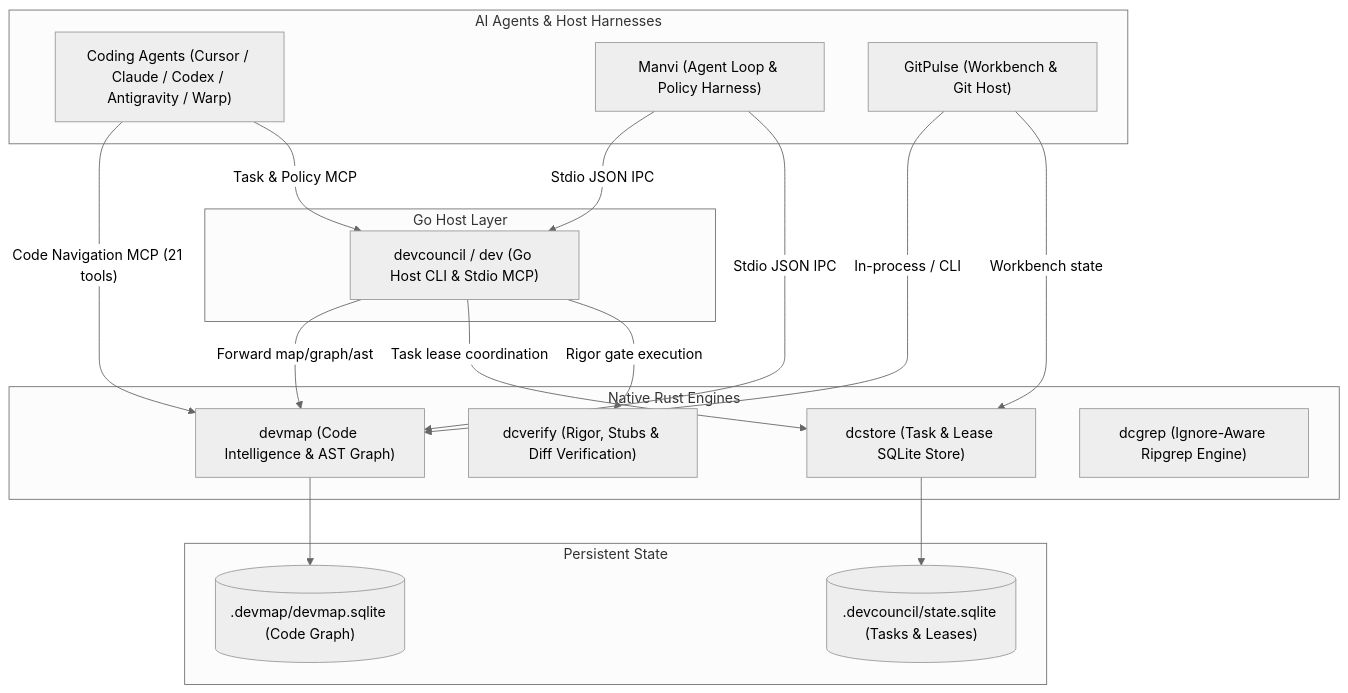
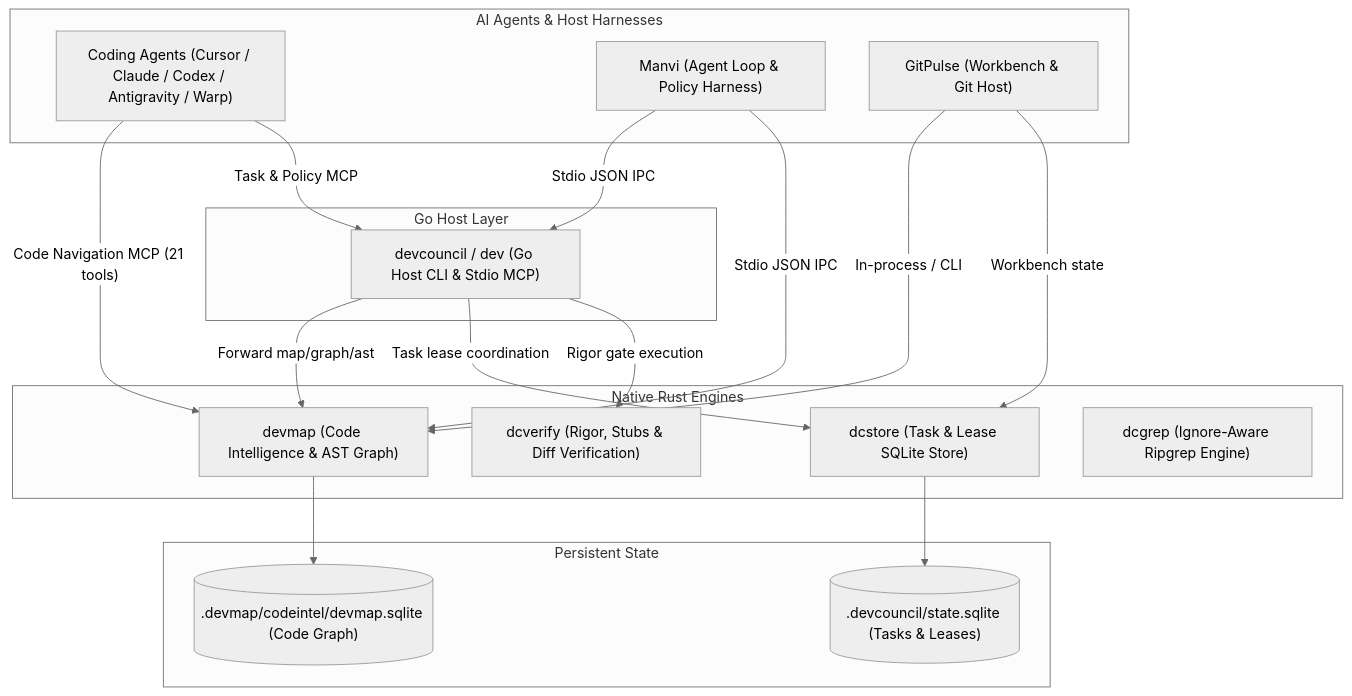
The first of 2 diagrams in README.md (bharathvbcr/DevCouncil), drawn with Mermaid (neutral theme) before and after one commit. The commit also changed other lines of this file and 138 other files, not shown here.

````diff
--- a/README.md
+++ b/README.md
@@ -42,38 +42,38 @@
 ```mermaid
 flowchart TD
     subgraph Consumers["AI Agents & Host Harnesses"]
         Agent["Coding Agents (Cursor / Claude / Codex / Antigravity / Warp)"]
         Manvi["Manvi (Agent Loop & Policy Harness)"]
         GitPulse["GitPulse (Workbench & Git Host)"]
     end
 
     subgraph Orchestration["Go Host Layer"]
         DevCouncil["devcouncil / dev (Go Host CLI & Stdio MCP)"]
     end
 
     subgraph NativeModules["Native Rust Engines"]
         DevMap["devmap (Code Intelligence & AST Graph)"]
         DCStore["dcstore (Task & Lease SQLite Store)"]
         DCVerify["dcverify (Rigor, Stubs & Diff Verification)"]
         DCGrep["dcgrep (Ignore-Aware Ripgrep Engine)"]
     end
 
     subgraph Storage["Persistent State"]
-        GraphDB[(".devmap/devmap.sqlite (Code Graph)")]
+        GraphDB[(".devmap/codeintel/devmap.sqlite (Code Graph)")]
         TaskDB[(".devcouncil/state.sqlite (Tasks & Leases)")]
     end
 
     Agent -->|"Code Navigation MCP (21 tools)"| DevMap
     Agent -->|"Task & Policy MCP"| DevCouncil
     Manvi -->|"Stdio JSON IPC"| DevCouncil
     Manvi -->|"Stdio JSON IPC"| DevMap
     GitPulse -->|"In-process / CLI"| DevMap
     GitPulse -->|"Workbench state"| DCStore
 
     DevCouncil -->|"Forward map/graph/ast"| DevMap
     DevCouncil -->|"Task lease coordination"| DCStore
     DevCouncil -->|"Rigor gate execution"| DCVerify
 
     DevMap --> GraphDB
     DCStore --> TaskDB
 ```
````
